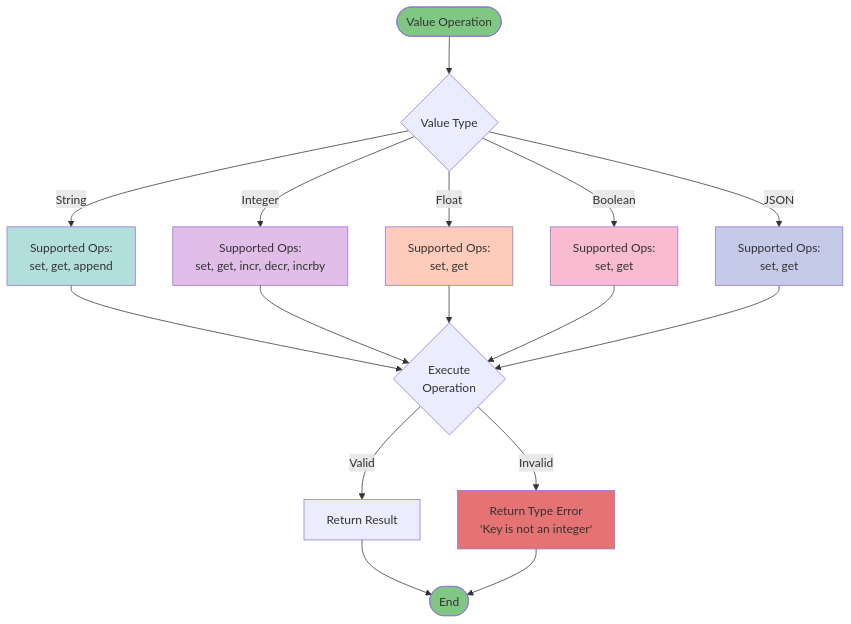
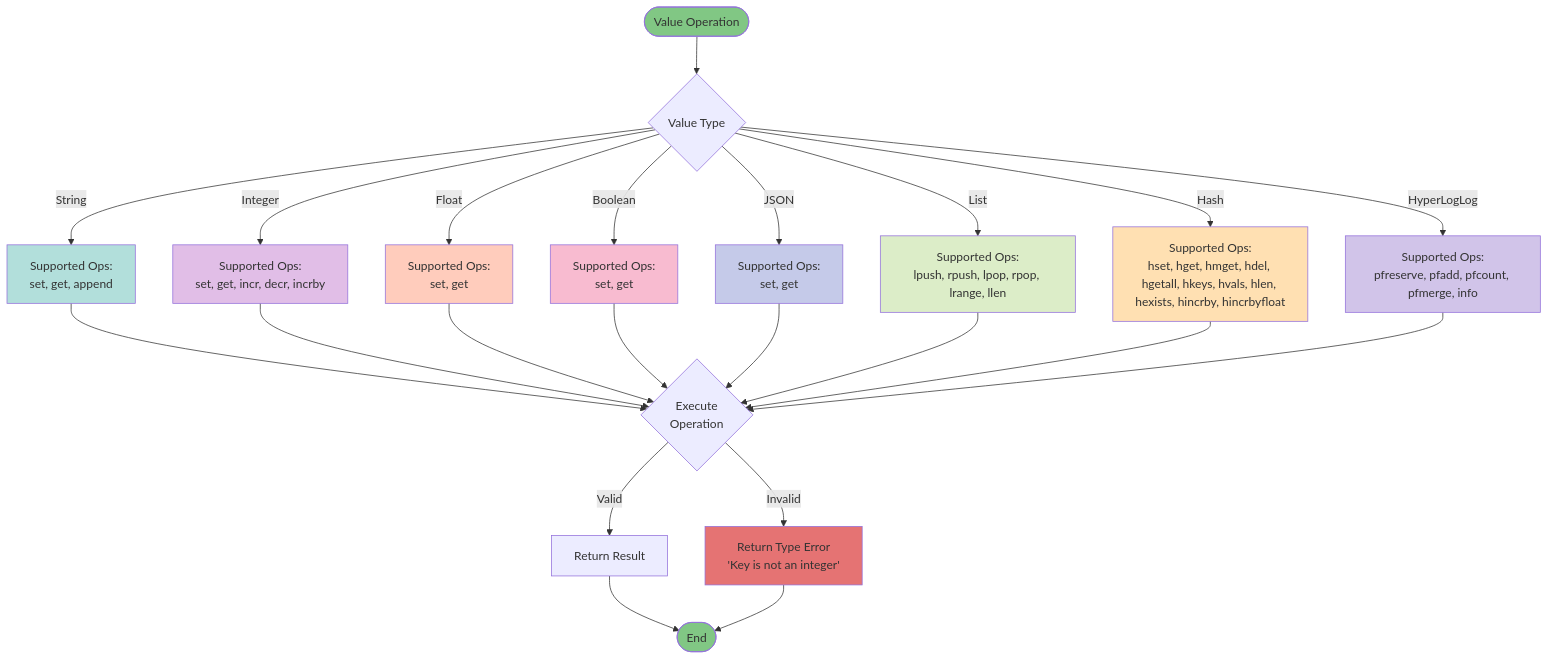
One commit to shubhamsugara22/daikon changed the tenth of 13 diagrams in ARCHITECTURE.md. Above: the diagram before and after it, drawn with Mermaid. The commit also changed other lines of this file and 1 other file, not shown here.

Commit message:
Readme and architecture - polished part

````diff
--- a/ARCHITECTURE.md
+++ b/ARCHITECTURE.md
@@ -355,31 +355,40 @@
 ```mermaid
 flowchart TD
     START([Value Operation]) --> TYPE{Value Type}
     
     TYPE -->|String| STR_OPS[Supported Ops:<br/>set, get, append]
     TYPE -->|Integer| INT_OPS[Supported Ops:<br/>set, get, incr, decr, incrby]
     TYPE -->|Float| FLOAT_OPS[Supported Ops:<br/>set, get]
     TYPE -->|Boolean| BOOL_OPS[Supported Ops:<br/>set, get]
     TYPE -->|JSON| JSON_OPS[Supported Ops:<br/>set, get]
+    TYPE -->|List| LIST_OPS[Supported Ops:<br/>lpush, rpush, lpop, rpop, lrange, llen]
+    TYPE -->|Hash| HASH_OPS[Supported Ops:<br/>hset, hget, hmget, hdel, hgetall, hkeys, hvals, hlen, hexists, hincrby, hincrbyfloat]
+    TYPE -->|HyperLogLog| HLL_OPS[Supported Ops:<br/>pfreserve, pfadd, pfcount, pfmerge, info]
     
     STR_OPS --> EXECUTE{Execute<br/>Operation}
     INT_OPS --> EXECUTE
     FLOAT_OPS --> EXECUTE
     BOOL_OPS --> EXECUTE
     JSON_OPS --> EXECUTE
+    LIST_OPS --> EXECUTE
+    HASH_OPS --> EXECUTE
+    HLL_OPS --> EXECUTE
     
     EXECUTE -->|Valid| SUCCESS[Return Result]
     EXECUTE -->|Invalid| TYPE_ERROR[Return Type Error<br/>'Key is not an integer']
     
     SUCCESS --> END([End])
     TYPE_ERROR --> END
 
     style START fill:#81c784
     style END fill:#81c784
     style TYPE_ERROR fill:#e57373
     style INT_OPS fill:#e1bee7
     style STR_OPS fill:#b2dfdb
     style FLOAT_OPS fill:#ffccbc
     style BOOL_OPS fill:#f8bbd0
     style JSON_OPS fill:#c5cae9
+    style LIST_OPS fill:#dcedc8
+    style HASH_OPS fill:#ffe0b2
+    style HLL_OPS fill:#d1c4e9
 ```
````
